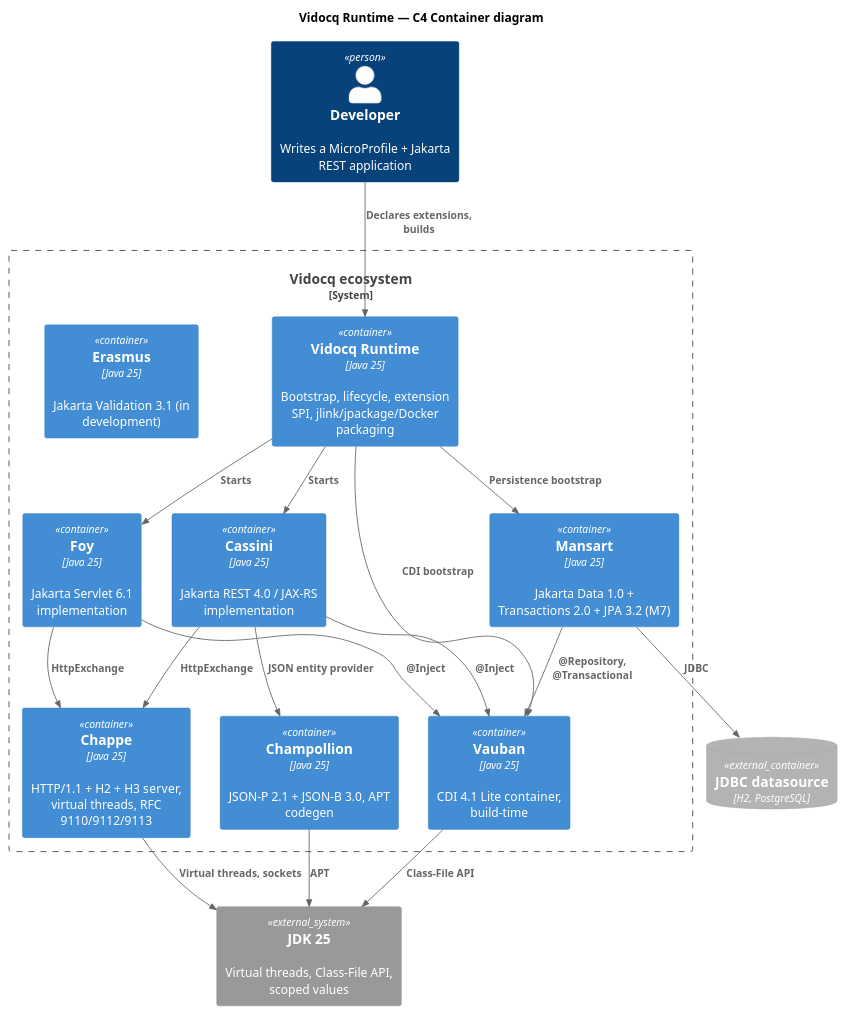
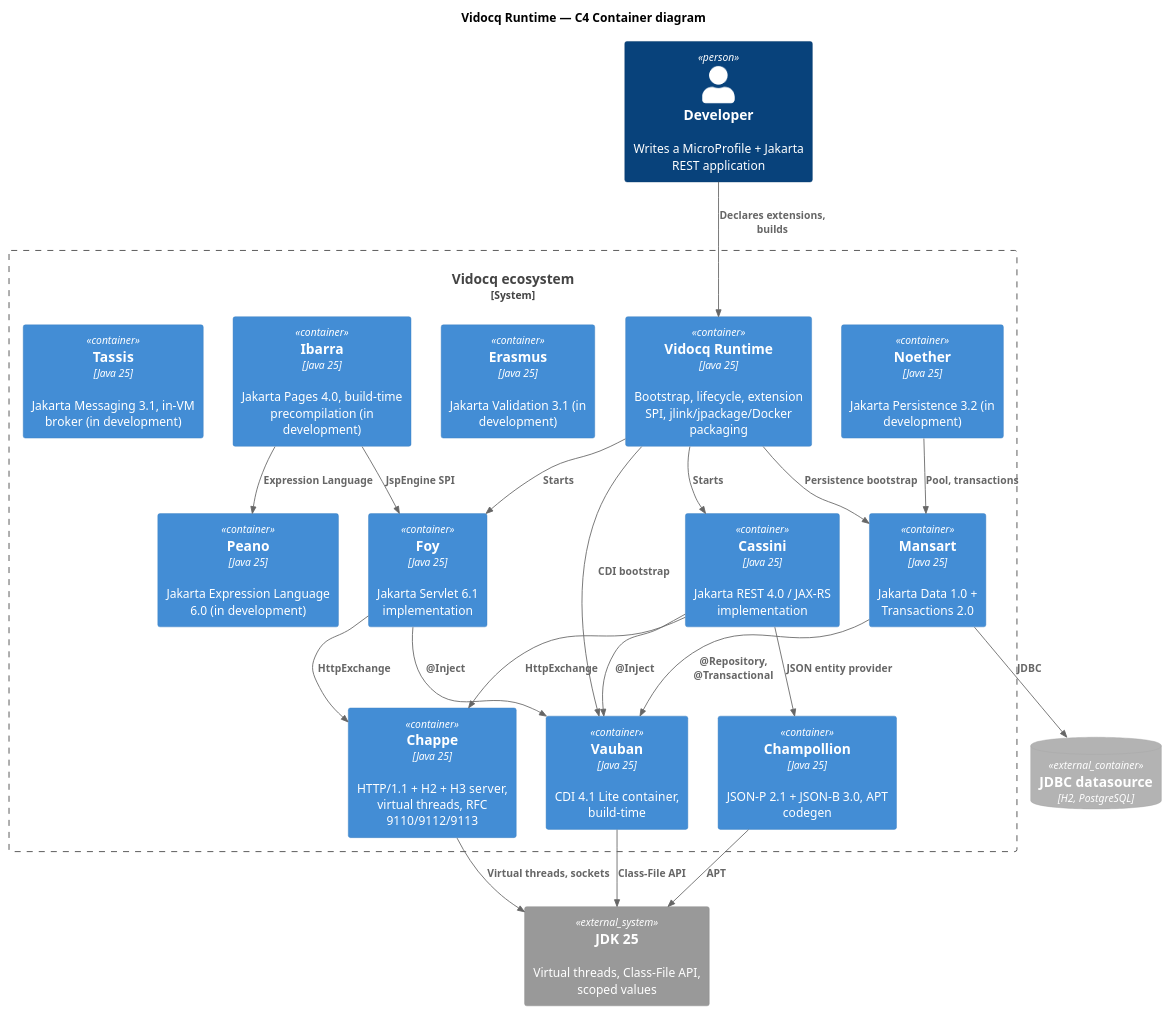
The first of 2 diagrams in content/home/modules/ROOT/pages/architecture.adoc (vidocq-stack/vidocq-docs), drawn with PlantUML before and after one commit. The commit also changed other lines of this file and 6 other files, not shown here.

First line of the commit message:
docs: publish Peano, Ibarra, Noether and Tassis

```diff
--- a/content/home/modules/ROOT/pages/architecture.adoc
+++ b/content/home/modules/ROOT/pages/architecture.adoc
@@ -9,44 +9,51 @@
 [plantuml]
 ....
 @startuml
 !include <C4/C4_Container>
 
 title Vidocq Runtime — C4 Container diagram
 
 Person(dev, "Developer", "Writes a MicroProfile + Jakarta REST application")
 System_Ext(jdk, "JDK 25", "Virtual threads, Class-File API, scoped values")
 
 System_Boundary(vidocq, "Vidocq ecosystem") {
   Container(mps, "Vidocq Runtime", "Java 25", "Bootstrap, lifecycle, extension SPI, jlink/jpackage/Docker packaging")
 
   Container(chappe, "Chappe", "Java 25", "HTTP/1.1 + H2 + H3 server, virtual threads, RFC 9110/9112/9113")
   Container(foy, "Foy", "Java 25", "Jakarta Servlet 6.1 implementation")
   Container(cassini, "Cassini", "Java 25", "Jakarta REST 4.0 / JAX-RS implementation")
   Container(vauban, "Vauban", "Java 25", "CDI 4.1 Lite container, build-time")
   Container(champollion, "Champollion", "Java 25", "JSON-P 2.1 + JSON-B 3.0, APT codegen")
-  Container(mansart, "Mansart", "Java 25", "Jakarta Data 1.0 + Transactions 2.0 + JPA 3.2 (M7)")
+  Container(mansart, "Mansart", "Java 25", "Jakarta Data 1.0 + Transactions 2.0")
+  Container(noether, "Noether", "Java 25", "Jakarta Persistence 3.2 (in development)")
   Container(erasmus, "Erasmus", "Java 25", "Jakarta Validation 3.1 (in development)")
+  Container(peano, "Peano", "Java 25", "Jakarta Expression Language 6.0 (in development)")
+  Container(ibarra, "Ibarra", "Java 25", "Jakarta Pages 4.0, build-time precompilation (in development)")
+  Container(tassis, "Tassis", "Java 25", "Jakarta Messaging 3.1, in-VM broker (in development)")
 }
 
 ContainerDb_Ext(db, "JDBC datasource", "H2, PostgreSQL")
 
 Rel(dev, mps, "Declares extensions, builds")
 Rel(mps, cassini, "Starts")
 Rel(mps, foy, "Starts")
 Rel(mps, vauban, "CDI bootstrap")
 Rel(mps, mansart, "Persistence bootstrap")
 
 Rel(cassini, chappe, "HttpExchange")
 Rel(foy, chappe, "HttpExchange")
 Rel(cassini, champollion, "JSON entity provider")
 Rel(cassini, vauban, "@Inject")
 Rel(foy, vauban, "@Inject")
 Rel(mansart, vauban, "@Repository, @Transactional")
 Rel(mansart, db, "JDBC")
+Rel(noether, mansart, "Pool, transactions")
+Rel(ibarra, foy, "JspEngine SPI")
+Rel(ibarra, peano, "Expression Language")
 
 Rel(chappe, jdk, "Virtual threads, sockets")
 Rel(vauban, jdk, "Class-File API")
 Rel(champollion, jdk, "APT")
 
 @enduml
 ....
```
